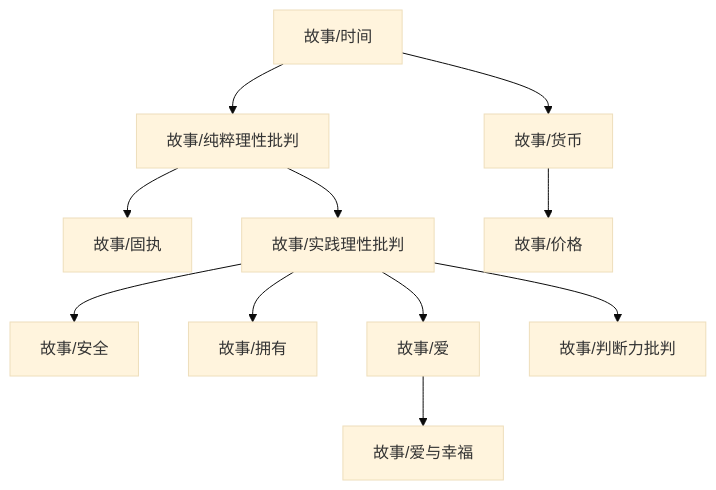
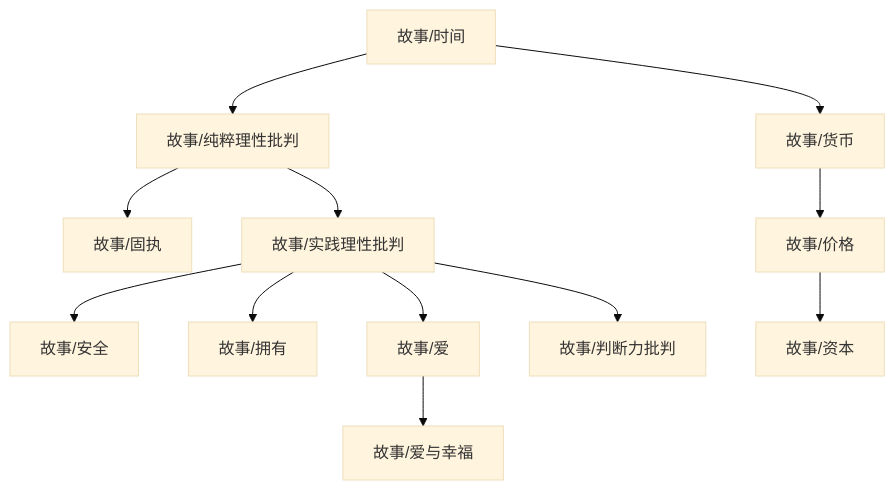
The diagram in content/故事/dependency_graph.md (zeroDtree/zeroDtree.github.io), drawn with Mermaid (base theme) before and after one commit. The commit also changed 2 other files, not shown here.

````diff
--- a/content/故事/dependency_graph.md
+++ b/content/故事/dependency_graph.md
@@ -1,13 +1,14 @@
 ```mermaid
 graph TD
 1["故事/纯粹理性批判"] --> 0["故事/固执"]
-1["故事/纯粹理性批判"] --> 2["故事/实践理性批判"]
-3["故事/时间"] --> 1["故事/纯粹理性批判"]
-2["故事/实践理性批判"] --> 4["故事/安全"]
-2["故事/实践理性批判"] --> 5["故事/拥有"]
-2["故事/实践理性批判"] --> 6["故事/爱"]
-8["故事/货币"] --> 7["故事/价格"]
-6["故事/爱"] --> 10["故事/爱与幸福"]
-3["故事/时间"] --> 8["故事/货币"]
-2["故事/实践理性批判"] --> 11["故事/判断力批判"]
+3["故事/价格"] --> 2["故事/资本"]
+1["故事/纯粹理性批判"] --> 4["故事/实践理性批判"]
+5["故事/时间"] --> 1["故事/纯粹理性批判"]
+4["故事/实践理性批判"] --> 6["故事/安全"]
+4["故事/实践理性批判"] --> 7["故事/拥有"]
+4["故事/实践理性批判"] --> 8["故事/爱"]
+9["故事/货币"] --> 3["故事/价格"]
+8["故事/爱"] --> 11["故事/爱与幸福"]
+5["故事/时间"] --> 9["故事/货币"]
+4["故事/实践理性批判"] --> 12["故事/判断力批判"]
 ```
````
